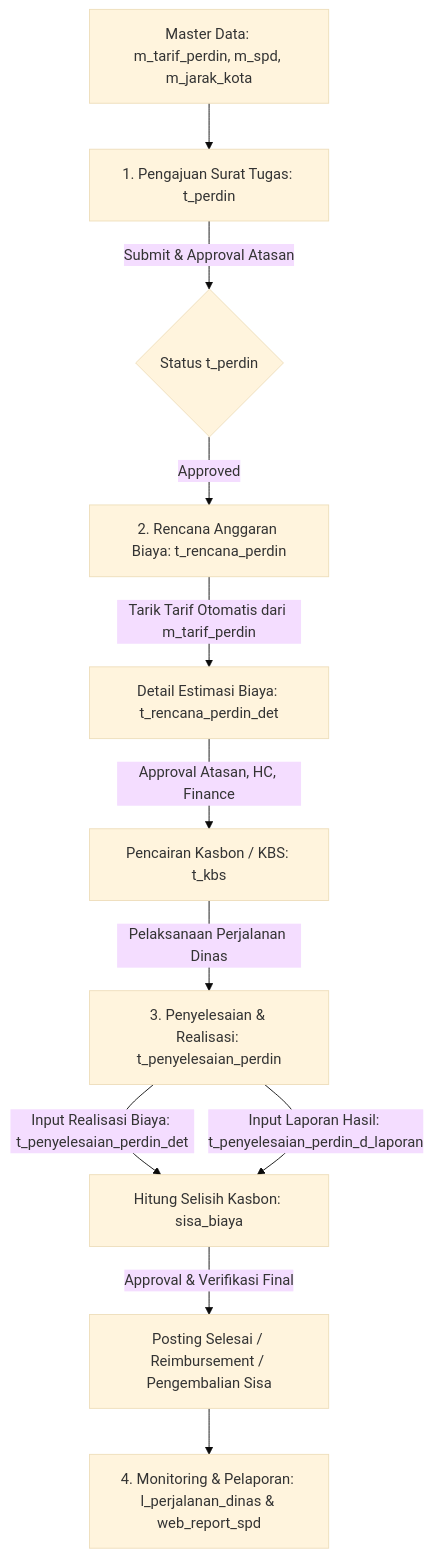
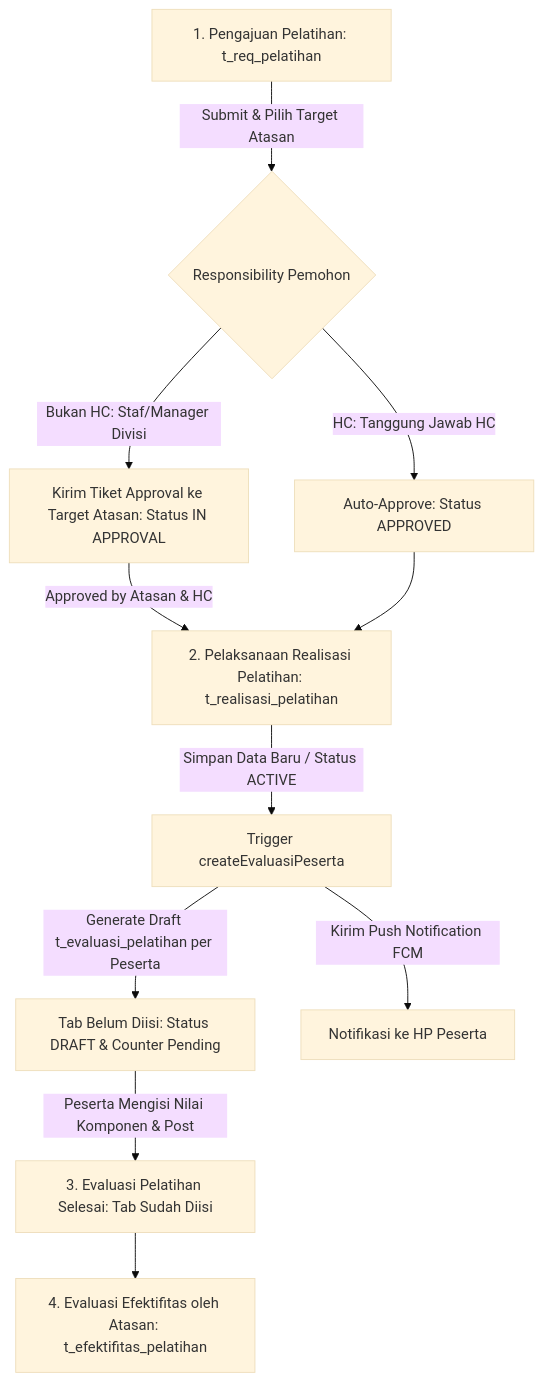
The diagram in JOBLIST.md (ReyCannavaroDev/hris-temprina-dev), drawn with Mermaid (base theme) before and after one commit. The commit also changed other lines of this file, not shown here.

````diff
--- a/JOBLIST.md
+++ b/JOBLIST.md
@@ -13,13 +17,13 @@
 ```mermaid
 graph TD
-    A[Master Data: m_tarif_perdin, m_spd, m_jarak_kota] --> B[1. Pengajuan Surat Tugas: t_perdin]
-    B -->|Submit & Approval Atasan| C{Status t_perdin}
-    C -->|Approved| D[2. Rencana Anggaran Biaya: t_rencana_perdin]
-    D -->|Tarik Tarif Otomatis dari m_tarif_perdin| E[Detail Estimasi Biaya: t_rencana_perdin_det]
-    E -->|Approval Atasan, HC, Finance| F[Pencairan Kasbon / KBS: t_kbs]
-    F -->|Pelaksanaan Perjalanan Dinas| G[3. Penyelesaian & Realisasi: t_penyelesaian_perdin]
-    G -->|Input Realisasi Biaya: t_penyelesaian_perdin_det| H[Hitung Selisih Kasbon: sisa_biaya]
-    G -->|Input Laporan Hasil: t_penyelesaian_perdin_d_laporan| H
-    H -->|Approval & Verifikasi Final| I[Posting Selesai / Reimbursement / Pengembalian Sisa]
-    I --> J[4. Monitoring & Pelaporan: l_perjalanan_dinas & web_report_spd]
+    A[1. Pengajuan Pelatihan: t_req_pelatihan] -->|Submit & Pilih Target Atasan| B{Responsibility Pemohon}
+    B -->|Bukan HC: Staf/Manager Divisi| C[Kirim Tiket Approval ke Target Atasan: Status IN APPROVAL]
+    B -->|HC: Tanggung Jawab HC| D[Auto-Approve: Status APPROVED]
+    C -->|Approved by Atasan & HC| E[2. Pelaksanaan Realisasi Pelatihan: t_realisasi_pelatihan]
+    D --> E
+    E -->|Simpan Data Baru / Status ACTIVE| F[Trigger createEvaluasiPeserta]
+    F -->|Generate Draft t_evaluasi_pelatihan per Peserta| G[Tab Belum Diisi: Status DRAFT & Counter Pending]
+    F -->|Kirim Push Notification FCM| H[Notifikasi ke HP Peserta]
+    G -->|Peserta Mengisi Nilai Komponen & Post| I[3. Evaluasi Pelatihan Selesai: Tab Sudah Diisi]
+    I --> J[4. Evaluasi Efektifitas oleh Atasan: t_efektifitas_pelatihan]
 ```
````
